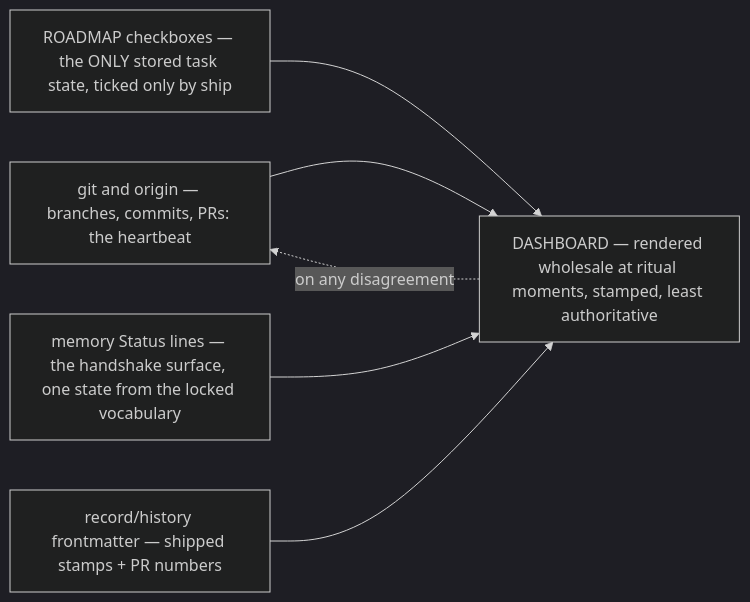
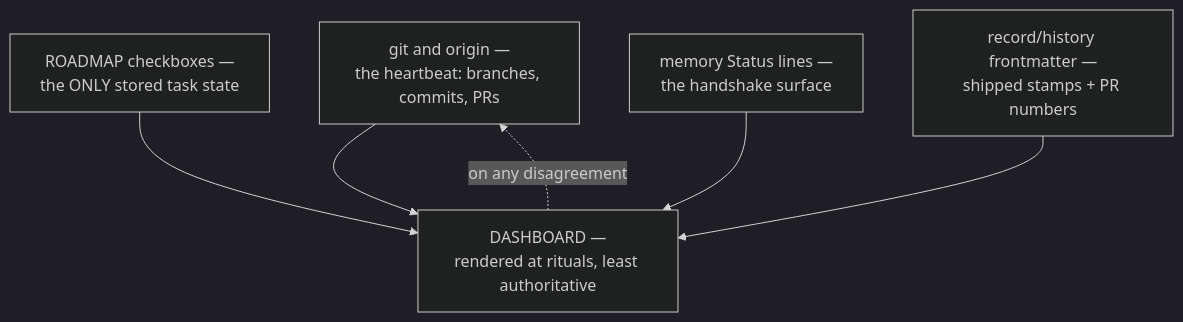
Before and after one commit to wsher0901/roam: the sixth of 8 diagrams in docs/ATLAS.md, drawn with Mermaid (dark theme). The commit also changed other lines of this file and 6 other files, not shown here.

````diff
--- a/docs/ATLAS.md
+++ b/docs/ATLAS.md
@@ -203,8 +231,8 @@
 ```mermaid
-flowchart LR
-  G["git and origin — branches, commits, PRs: the heartbeat"] --> BD["DASHBOARD — rendered wholesale at ritual moments, stamped, least authoritative"]
-  R["ROADMAP checkboxes — the ONLY stored task state, ticked only by ship"] --> BD
-  M["memory Status lines — the handshake surface, one state from the locked vocabulary"] --> BD
-  HF["record/history frontmatter — shipped stamps + PR numbers"] --> BD
+flowchart TD
+  G["git and origin —<br/>the heartbeat: branches, commits, PRs"] --> BD["DASHBOARD —<br/>rendered at rituals, least authoritative"]
+  R["ROADMAP checkboxes —<br/>the ONLY stored task state"] --> BD
+  M["memory Status lines —<br/>the handshake surface"] --> BD
+  HF["record/history frontmatter —<br/>shipped stamps + PR numbers"] --> BD
   BD -.->|"on any disagreement"| G
 ```
````
